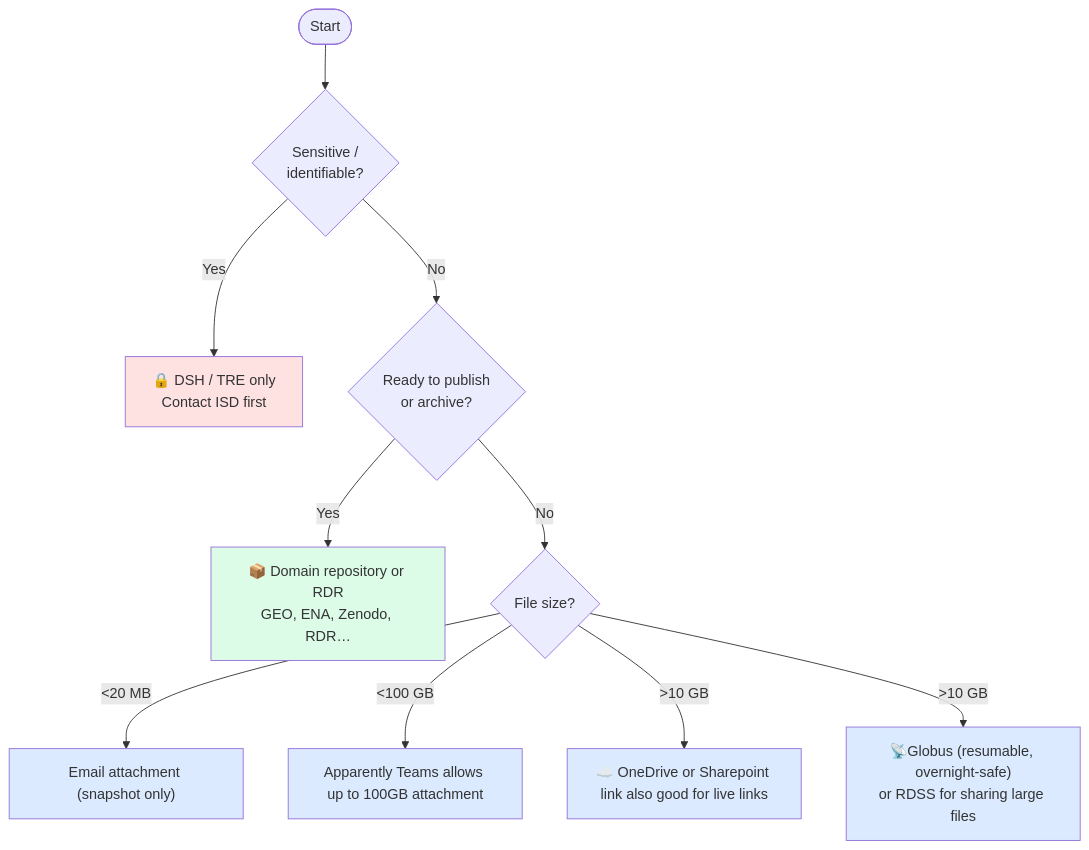
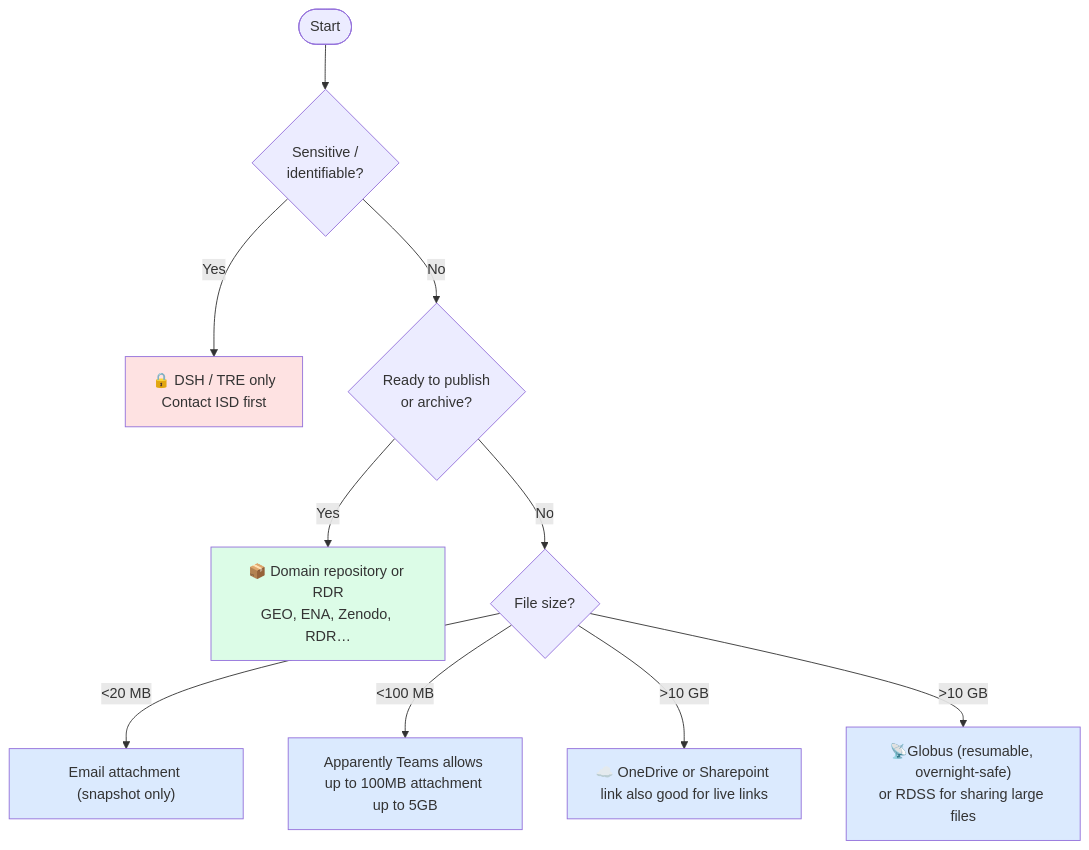
One commit to UCL-Biosciences/Biosciences-Comp-Support changed the diagram in UCL_comp_guides/data_sharing_at_UCL.md. Above: the diagram before and after it, drawn with Mermaid. The commit also changed other lines of this file, not shown here.

````diff
--- a/UCL_comp_guides/data_sharing_at_UCL.md
+++ b/UCL_comp_guides/data_sharing_at_UCL.md
@@ -29,20 +29,20 @@
 ```mermaid
 flowchart TD
     A([Start]) --> B{Sensitive /\nidentifiable?}
     B -- Yes --> C[🔒 DSH / TRE only\nContact ISD first]
     B -- No --> D{Ready to publish\nor archive?}
     D -- Yes --> E[📦 Domain repository or RDR\nGEO, ENA, Zenodo, RDR…]
     D -- No --> F{File size?}
     F -- "<20 MB" --> G["Email attachment (snapshot only)"]
-    F -- "<100 GB" --> H[Apparently Teams allows up to 100GB attachment]
+    F -- "<100 MB" --> H[Apparently Teams allows up to 100MB attachment up to 5GB]
     F -- ">10 GB" --> I[☁️ OneDrive or Sharepoint link also good for live links]
     F -- ">10 GB" --> J["📡Globus (resumable, overnight-safe)\nor RDSS for sharing large files"]
 
     style C fill:#fee2e2
     style E fill:#dcfce7
     style G fill:#dbeafe
     style H fill:#dbeafe
     style I fill:#dbeafe
     style J fill:#dbeafe
 
 ```
````
